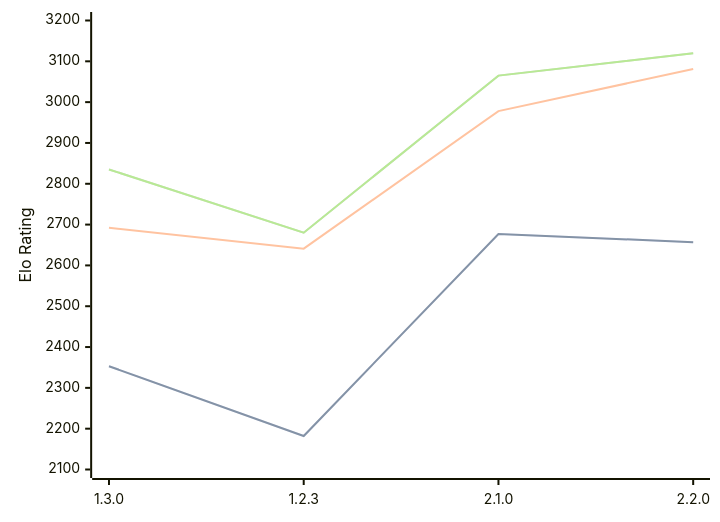
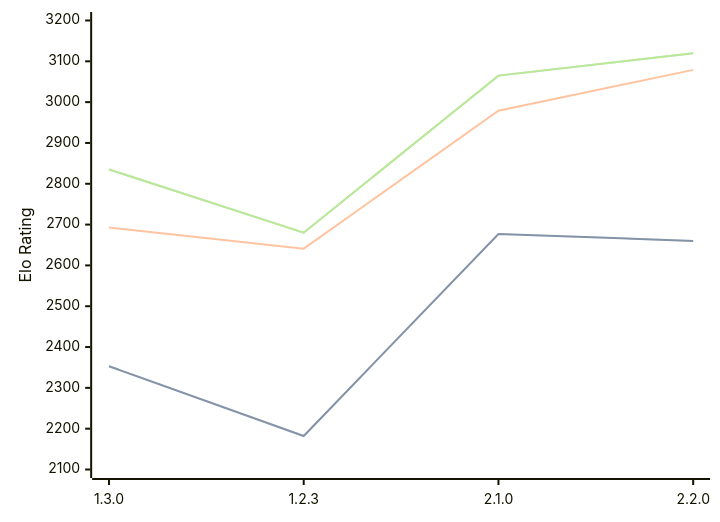
Before and after one commit to computer-chess-index/cci: the first of 3 diagrams in engines/Aspen.md, drawn with Mermaid. The commit also changed other lines of this file, not shown here.

````diff
--- a/engines/Aspen.md
+++ b/engines/Aspen.md
@@ -43,11 +43,11 @@
 ```mermaid
 %%{init: {"theme":"base","themeVariables":{"seriesColors:['#a3a3a3','#222221','#faa371']}}}%%
 xychart-beta
   x-axis ["1.3.0", "1.2.3", "2.1.0", "2.2.0"]
   y-axis "Elo Rating" 2100 --> 3200
-  line "STC (8.0+0.08s)" [2353, 2182, 2677, 2657]
-  line "STC (8.0+0.08s)" [2353, 2182, 2677, 2657]
-  line "LTC (60.0+0.60s)" [2692, 2641, 2978, 3081]
+  line "STC (8.0+0.08s)" [2353, 2182, 2677, 2660]
+  line "STC (8.0+0.08s)" [2353, 2182, 2677, 2660]
+  line "LTC (60.0+0.60s)" [2693, 2641, 2979, 3079]
   line "VLTC (2m24s+1.12s)" [2835, 2680, 3065, 3120]
   line "VLTC (2m24s+1.12s)" [2835, 2680, 3065, 3120]
 ```
````
